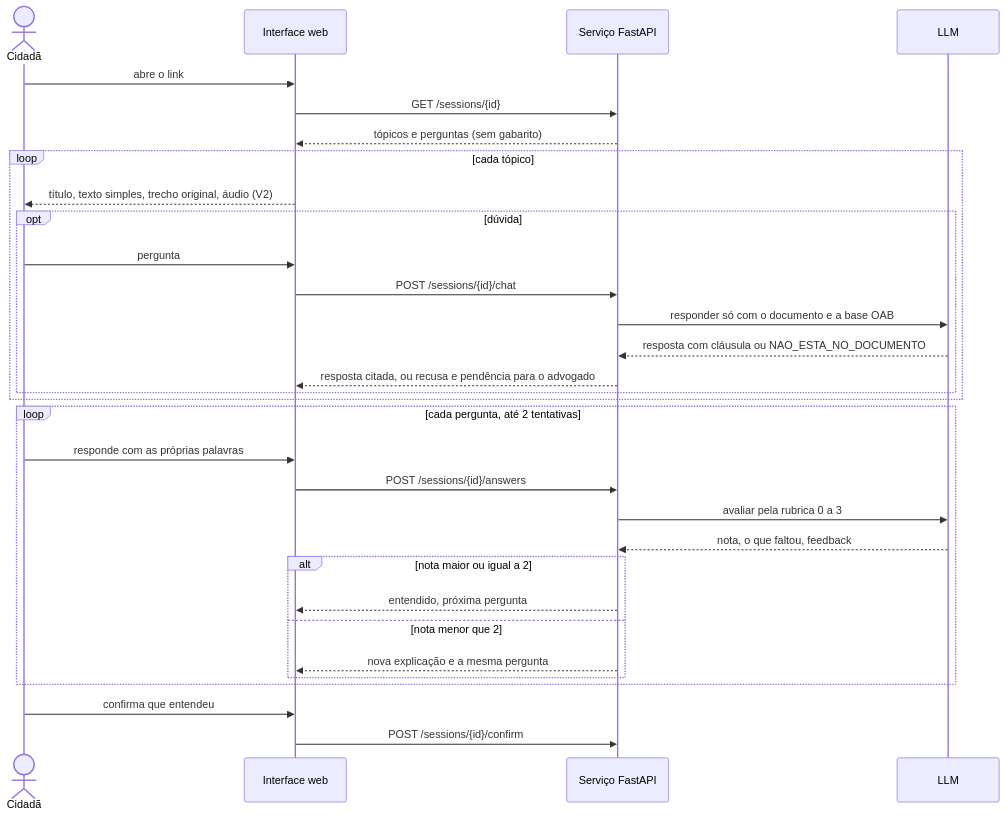
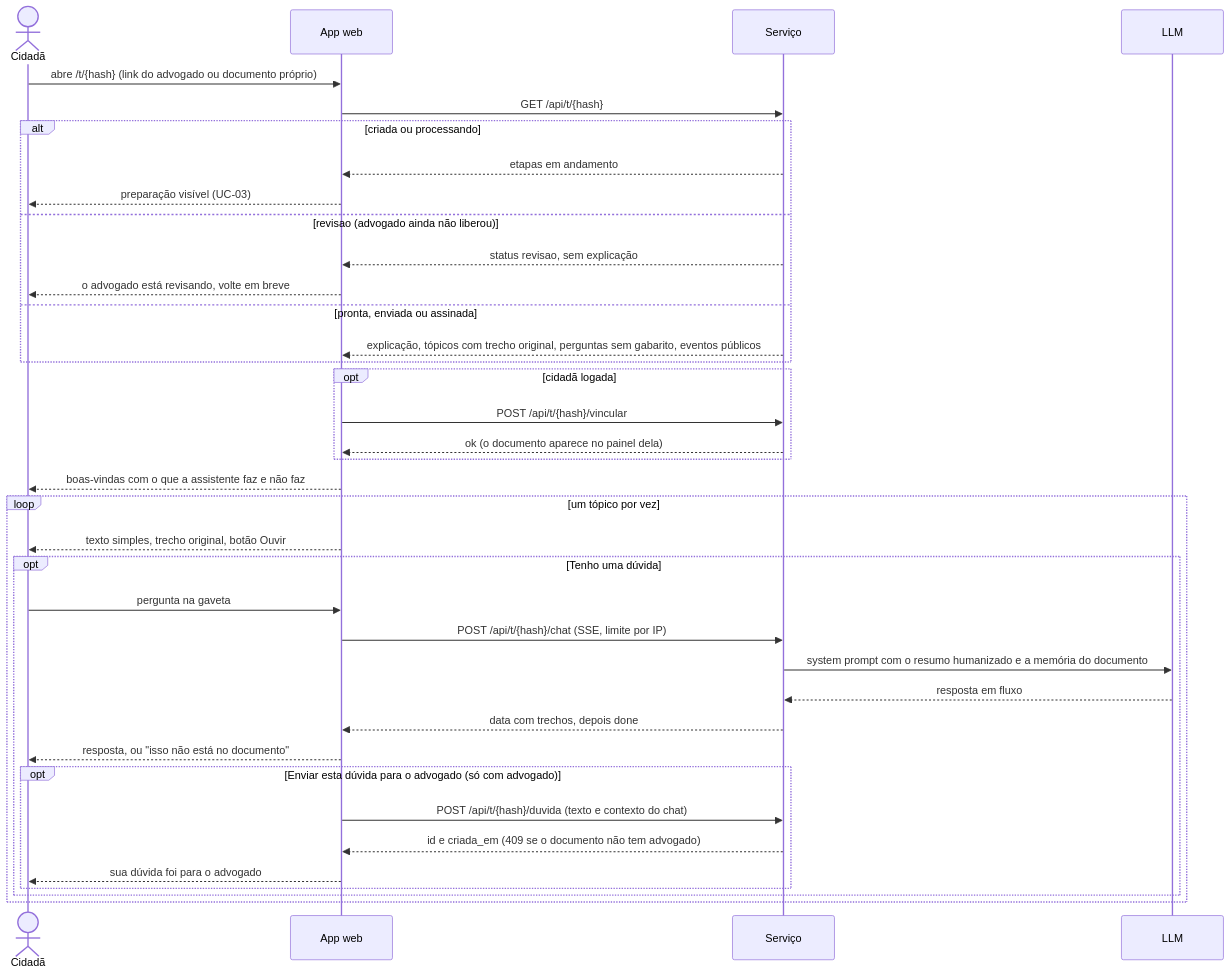
The sixth of 10 diagrams in apps/web/content/docs/USE-CASES.md (deegalabs/leia), drawn with Mermaid before and after one commit. The commit also changed other lines of this file and 2 other files, not shown here.

Commit message:
docs: use-case diagram, task state diagram and sequence diagrams for every use case with the real v3 routes

````diff
--- a/apps/web/content/docs/USE-CASES.md
+++ b/apps/web/content/docs/USE-CASES.md
@@ -57,33 +154,39 @@
 ```mermaid
 sequenceDiagram
   actor C as Cidadã
-  participant W as Interface web
-  participant S as Serviço FastAPI
+  participant W as App web
+  participant S as Serviço
   participant L as LLM
-  C->>W: abre o link
-  W->>S: GET /sessions/{id}
-  S-->>W: tópicos e perguntas (sem gabarito)
-  loop cada tópico
-    W-->>C: título, texto simples, trecho original, áudio (V2)
-    opt dúvida
-      C->>W: pergunta
-      W->>S: POST /sessions/{id}/chat
-      S->>L: responder só com o documento e a base OAB
-      L-->>S: resposta com cláusula ou NAO_ESTA_NO_DOCUMENTO
-      S-->>W: resposta citada, ou recusa e pendência para o advogado
+  C->>W: abre /t/{hash} (link do advogado ou documento próprio)
+  W->>S: GET /api/t/{hash}
+  alt criada ou processando
+    S-->>W: etapas em andamento
+    W-->>C: preparação visível (UC-03)
+  else revisao (advogado ainda não liberou)
+    S-->>W: status revisao, sem explicação
+    W-->>C: o advogado está revisando, volte em breve
+  else pronta, enviada ou assinada
+    S-->>W: explicação, tópicos com trecho original, perguntas sem gabarito, eventos públicos
+  end
+  opt cidadã logada
+    W->>S: POST /api/t/{hash}/vincular
+    S-->>W: ok (o documento aparece no painel dela)
+  end
+  W-->>C: boas-vindas com o que a assistente faz e não faz
+  loop um tópico por vez
+    W-->>C: texto simples, trecho original, botão Ouvir
+    opt Tenho uma dúvida
+      C->>W: pergunta na gaveta
+      W->>S: POST /api/t/{hash}/chat (SSE, limite por IP)
+      S->>L: system prompt com o resumo humanizado e a memória do documento
+      L-->>S: resposta em fluxo
+      S-->>W: data com trechos, depois done
+      W-->>C: resposta, ou "isso não está no documento"
+      opt Enviar esta dúvida para o advogado (só com advogado)
+        W->>S: POST /api/t/{hash}/duvida (texto e contexto do chat)
+        S-->>W: id e criada_em (409 se o documento não tem advogado)
+        W-->>C: sua dúvida foi para o advogado
+      end
     end
   end
-  loop cada pergunta, até 2 tentativas
-    C->>W: responde com as próprias palavras
-    W->>S: POST /sessions/{id}/answers
-    S->>L: avaliar pela rubrica 0 a 3
-    L-->>S: nota, o que faltou, feedback
-    alt nota maior ou igual a 2
-      S-->>W: entendido, próxima pergunta
-    else nota menor que 2
-      S-->>W: nova explicação e a mesma pergunta
-    end
-  end
-  C->>W: confirma que entendeu
-  W->>S: POST /sessions/{id}/confirm
 ```
````
